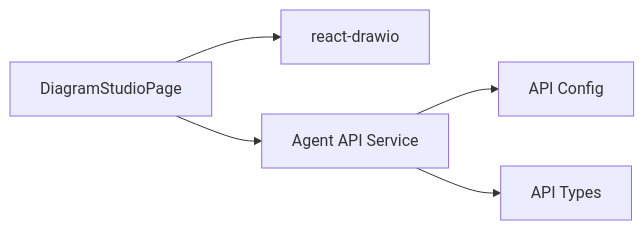
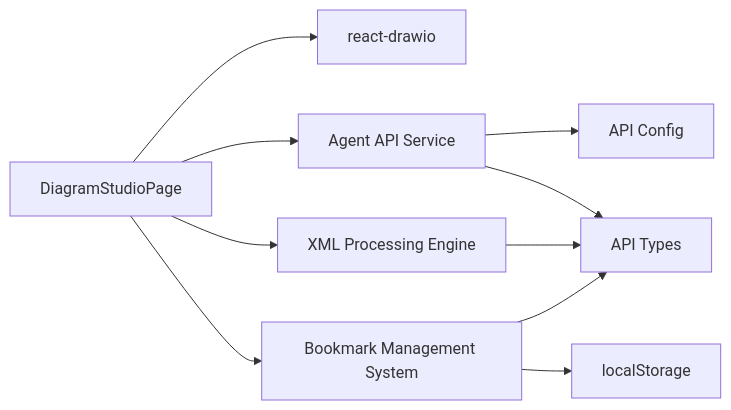
Diagram 15 of 15 in .qoder/repowiki/en/content/Diagram Editor.md (shrekboss/agent-draw-io-front), drawn with Mermaid before and after one commit. The commit also changed other lines of this file and 13 other files, not shown here.

Commit message:
feat(agent-draw-io-front): 优化交互式画图

````diff
--- a/.qoder/repowiki/en/content/Diagram Editor.md
+++ b/.qoder/repowiki/en/content/Diagram Editor.md
@@ -426,7 +743,12 @@
 ```mermaid
 graph LR
 Page["DiagramStudioPage"] --> DrawIo["react-drawio"]
 Page --> AgentAPI["Agent API Service"]
+Page --> XMLProcessor["XML Processing Engine"]
+Page --> BookmarkSystem["Bookmark Management System"]
 AgentAPI --> Config["API Config"]
 AgentAPI --> Types["API Types"]
+XMLProcessor --> Types
+BookmarkSystem --> Types
+BookmarkSystem --> LocalStorage["localStorage"]
 ```
````
